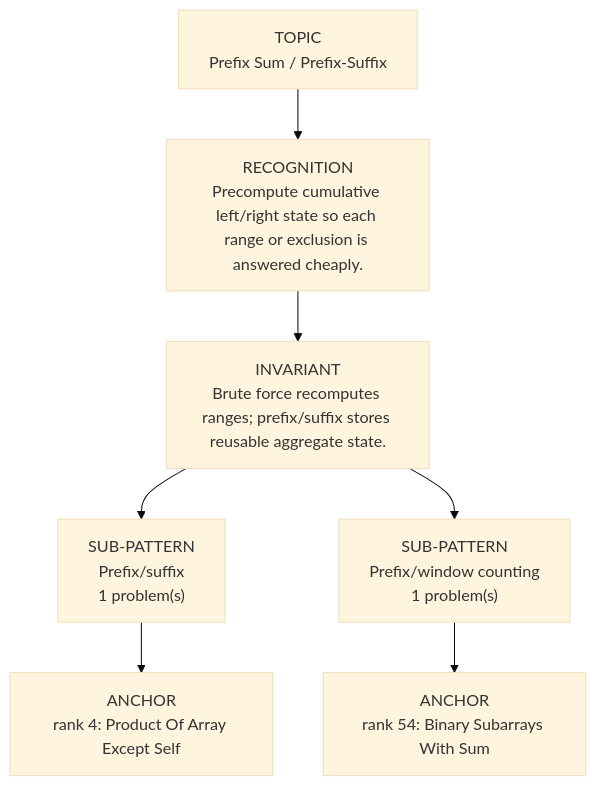
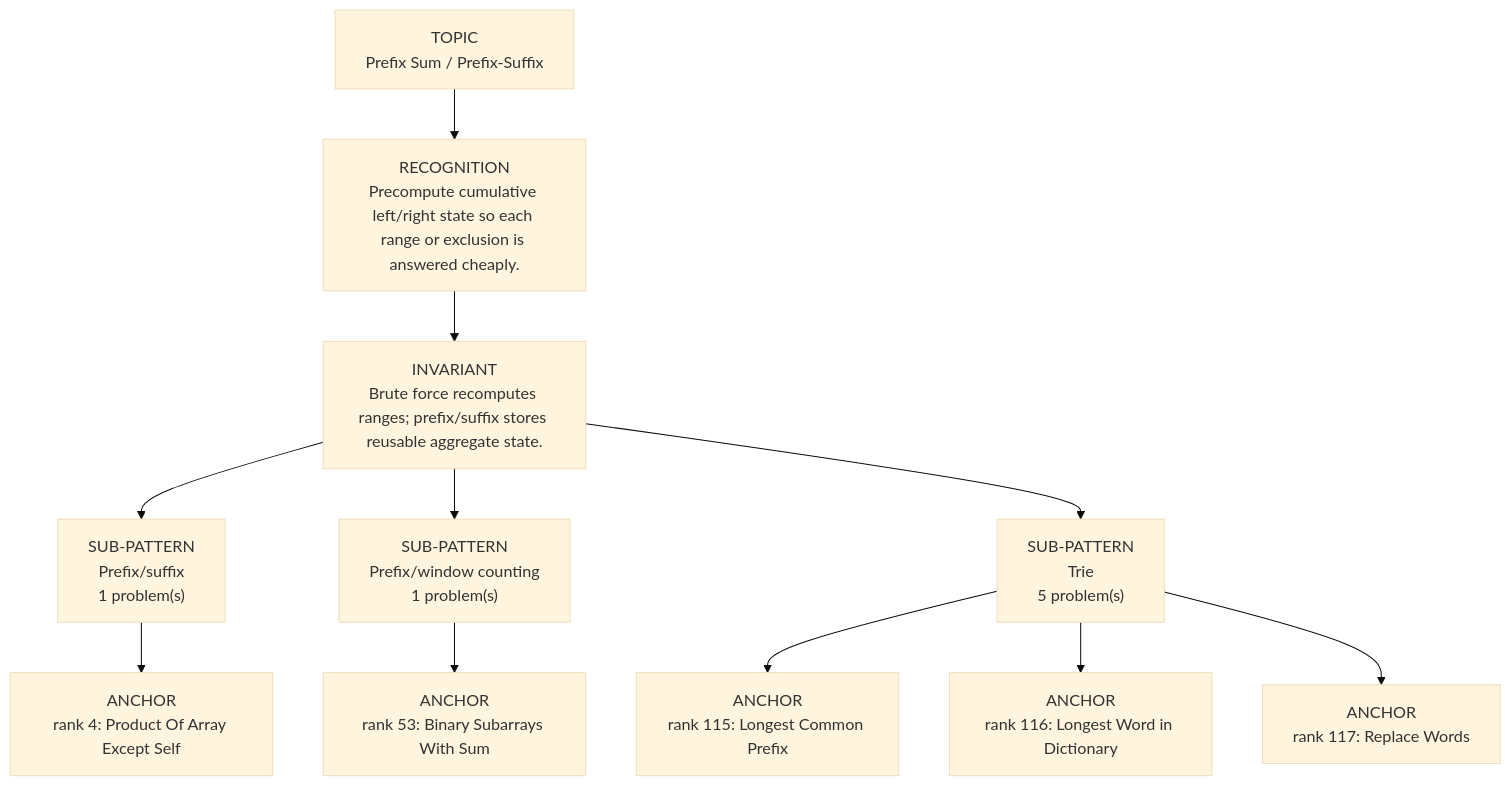
One commit to thechiranjeevjain/DSA10days changed the diagram in dsa-review/interview/patterns/04_prefix_suffix.md. Above: the diagram before and after it, drawn with Mermaid (base theme). The commit also changed other lines of this file and 36 other files, not shown here.

````diff
--- a/dsa-review/interview/patterns/04_prefix_suffix.md
+++ b/dsa-review/interview/patterns/04_prefix_suffix.md
@@ -15,11 +15,15 @@
 ```mermaid
 flowchart TD
   Topic["TOPIC<br/>Prefix Sum / Prefix-Suffix"]
   Recognition["RECOGNITION<br/>Precompute cumulative left/right state so each range or exclusion is answered cheaply."]
   Invariant["INVARIANT<br/>Brute force recomputes ranges; prefix/suffix stores reusable aggregate state."]
   Topic --> Recognition --> Invariant
   Invariant --> Sub01["SUB-PATTERN<br/>Prefix/suffix<br/>1 problem(s)"]
   Sub01 --> Sub01A01["ANCHOR<br/>rank 4: Product Of Array Except Self"]
   Invariant --> Sub02["SUB-PATTERN<br/>Prefix/window counting<br/>1 problem(s)"]
-  Sub02 --> Sub02A01["ANCHOR<br/>rank 54: Binary Subarrays With Sum"]
+  Sub02 --> Sub02A01["ANCHOR<br/>rank 53: Binary Subarrays With Sum"]
+  Invariant --> Sub03["SUB-PATTERN<br/>Trie<br/>5 problem(s)"]
+  Sub03 --> Sub03A01["ANCHOR<br/>rank 115: Longest Common Prefix"]
+  Sub03 --> Sub03A02["ANCHOR<br/>rank 116: Longest Word in Dictionary"]
+  Sub03 --> Sub03A03["ANCHOR<br/>rank 117: Replace Words"]
 ```
````
